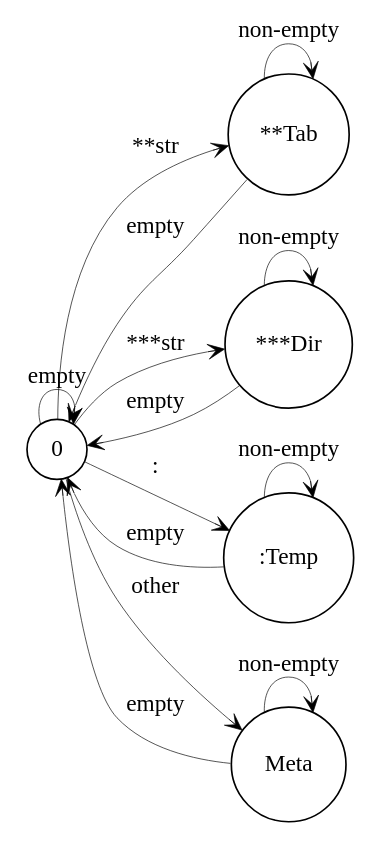
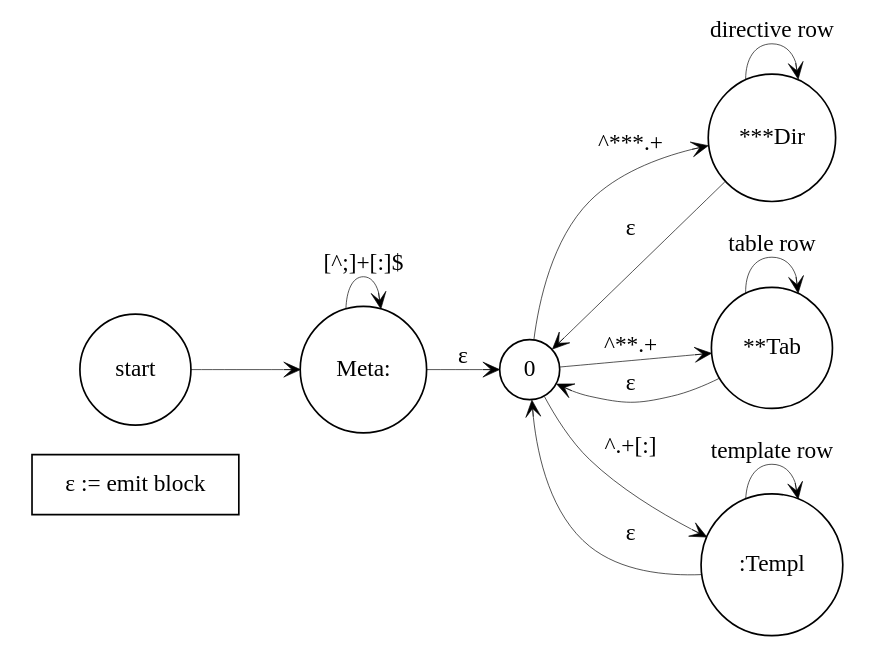
The diagram in docs/diagrams/internal/parse_blocks_states.dot (startable/pdtable), drawn with Graphviz before and after one commit. The commit also changed 1 other file, not shown here.

Commit message:
parse_blocks: update parse diagram

```diff
--- a/docs/diagrams/internal/parse_blocks_states.dot
+++ b/docs/diagrams/internal/parse_blocks_states.dot
@@ -1,32 +1,37 @@
-
 graph id {
-        node [ color=black;
+    subgraph clusterFooter {
+        margin=0
+        style="invis"
+        FOOTER [shape="box" label="ε := emit block"];
+    }
+    node [ color=black;
            penwidth = 1;
            shape = circle;
     ];
 
     rankdir = LR;
+
+    start [label = "start"]
+    M [label = "Meta:"; ];
     S [label = "0"]
+    D [label = "***Dir"; ];
     T [label = "**Tab"; ];
-    D [label = "***Dir"; ];
-    TEMP [label = ":Temp"];
-    M [label = "Meta"; ];
-
+    TEMP [label = ":Templ"];
 
     edge [dir="forward", arrowhead="open";  penwidth = 0.4];
-    S -- S [label = "empty"];
-    S -- T [label = "**str"];
-    S -- D [label = "***str"];
-    S -- TEMP [ label = ":"];
-    TEMP -- TEMP [label = "non-empty"]
-    TEMP -- S [label = "empty"]
-    S -- M [label = "other"];
-    M -- M [label = "non-empty"];
-    M -- S [label = "empty"];
-    T -- S [label = "empty"];
-    T -- T [label = "non-empty"];
-    D -- D [label = "non-empty"];
-    D -- S [label = "empty"];
+    start -- M
 
-    {rank = same; T; D; TEMP;}
+    S -- T [label = "^**.+"];
+    S -- D [label = "^***.+"];
+    S -- TEMP [ label = "\n^.+[:]"];
+    TEMP -- TEMP [label = "template row"]
+    TEMP -- S [label = "ε"]
+
+    M -- M [label = "[^;]+[:]$"];
+    M -- S [label = "ε"];
+    T -- S [label = "ε"];
+    T -- T [label = "table row"];
+    D -- D [label = "directive row"];
+    D -- S [label = "ε"];
+
 }
```
